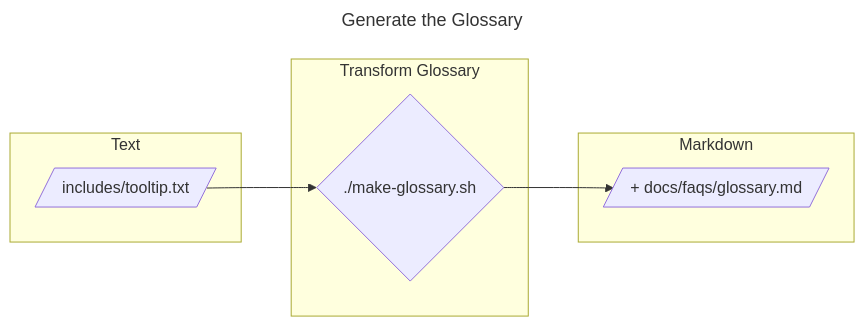
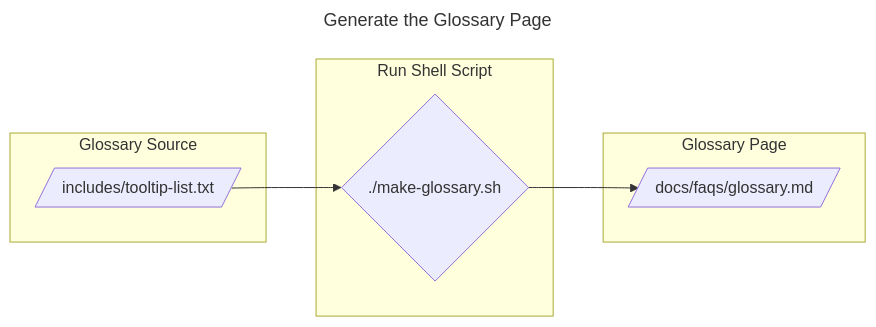
One commit to LoopKit/loopdocs changed the second of 2 diagrams in README.md. Above: the diagram before and after it, drawn with Mermaid. The commit also changed other lines of this file, not shown here.

First line of the commit message:
📝 Update the Glossary section of the README

````diff
--- a/README.md
+++ b/README.md
@@ -590,17 +588,17 @@
-```mermaid
----
-title: Generate the Glossary
----
-flowchart LR
-  subgraph Text
-    text_glossary[/ includes/tooltip.txt /]
-  end
-  subgraph Transform Glossary
-    generator{ ./make-glossary.sh }
-  end
-  subgraph Markdown
-    markdown_glossary[/+ docs/faqs/glossary.md /]
-  end
+    ```mermaid
+    ---
+    title: Generate the Glossary Page
+    ---
+    flowchart LR
+      subgraph Glossary Source
+        text_glossary[/ includes/tooltip-list.txt /]
+      end
+      subgraph Run Shell Script
+        generator{ ./make-glossary.sh }
+      end
+      subgraph Glossary Page
+        markdown_glossary[/ docs/faqs/glossary.md /]
+      end
 
-  text_glossary --> generator --> markdown_glossary
-```
+      text_glossary --> generator --> markdown_glossary
+     ```
````
